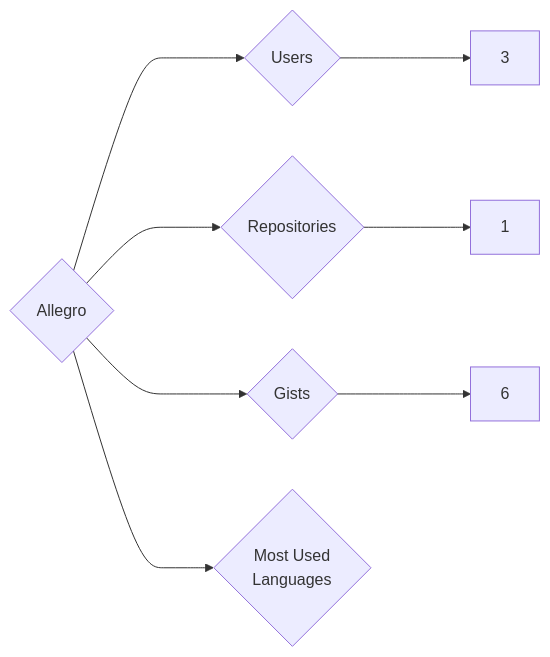
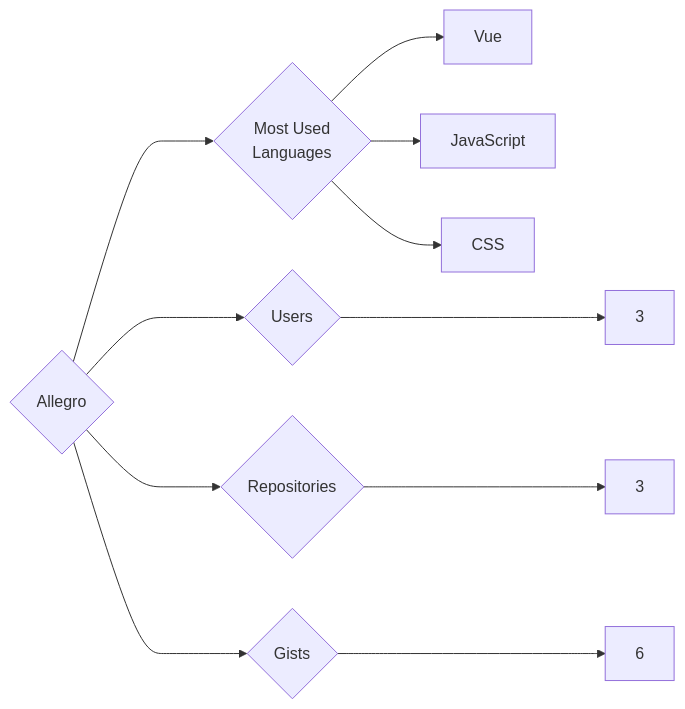
One commit to trickest/insiders changed the diagram in targets/Allegro/README.md. Above: the diagram before and after it, drawn with Mermaid. The commit also changed 1167 other files, not shown here.

````diff
--- a/targets/Allegro/README.md
+++ b/targets/Allegro/README.md
@@ -3,8 +3,11 @@
 ```mermaid
 graph LR
 COMPANY_NAME{Allegro}
 COMPANY_NAME ---> U{Users} ---> UN[3]
-COMPANY_NAME ---> R{Repositories} ---> RN[1]
+COMPANY_NAME ---> R{Repositories} ---> RN[3]
 COMPANY_NAME ---> G{Gists} ---> GN[6]
 COMPANY_NAME ---> ML{Most Used<br>Languages}
+ML --> Vue[Vue]
+ML --> JavaScript[JavaScript]
+ML --> CSS[CSS]
 ```
````
